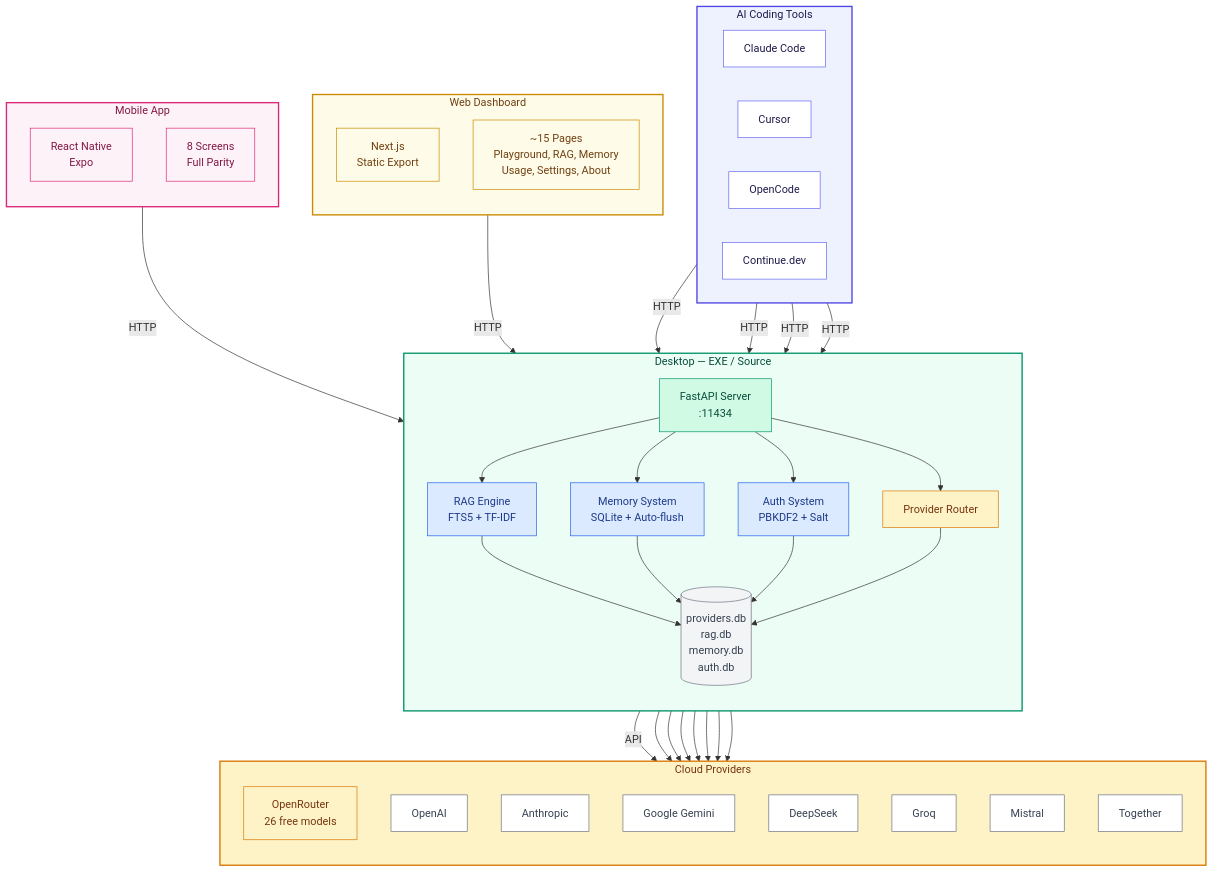
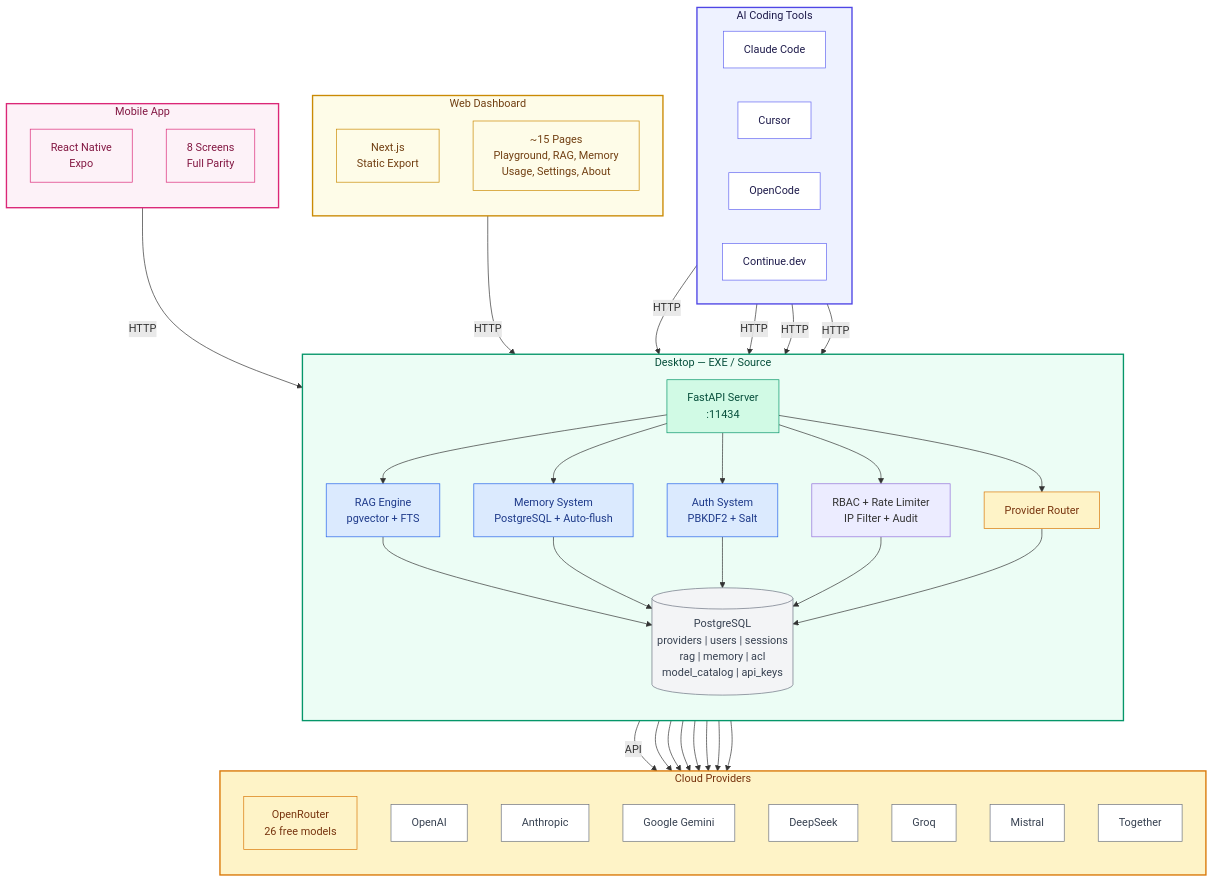
One commit to rbkhan007/Ollama-Emulator-Desktop-Ultimate changed the sixth of 8 diagrams in README.md. Above: the diagram before and after it, drawn with Mermaid. The commit also changed other lines of this file and 2 other files, not shown here.

Commit message:
Update docs: model catalog, auto-detect, RBAC, models browser, security hardening

```diff
--- a/README.md
+++ b/README.md
@@ -442,11 +459,12 @@
     subgraph Desktop["Desktop — EXE / Source"]
         direction TB
         API["FastAPI Server<br/>:11434"]
-        RAG["RAG Engine<br/>FTS5 + TF-IDF"]
-        MEM["Memory System<br/>SQLite + Auto-flush"]
+        RAG["RAG Engine<br/>pgvector + FTS"]
+        MEM["Memory System<br/>PostgreSQL + Auto-flush"]
         AUTH["Auth System<br/>PBKDF2 + Salt"]
+        ACL["RBAC + Rate Limiter<br/>IP Filter + Audit"]
         ROUTER["Provider Router"]
-        DB[("providers.db<br/>rag.db<br/>memory.db<br/>auth.db")]
+        DB[("PostgreSQL<br/>providers | users | sessions<br/>rag | memory | acl<br/>model_catalog | api_keys")]
     end
 
     subgraph Providers["Cloud Providers"]
@@ -482,10 +500,12 @@
     API --> RAG
     API --> MEM
     API --> AUTH
+    API --> ACL
     API --> ROUTER
     RAG --> DB
     MEM --> DB
     AUTH --> DB
+    ACL --> DB
     ROUTER --> DB
     ROUTER -->|API| OR
     ROUTER --> OAI
```
